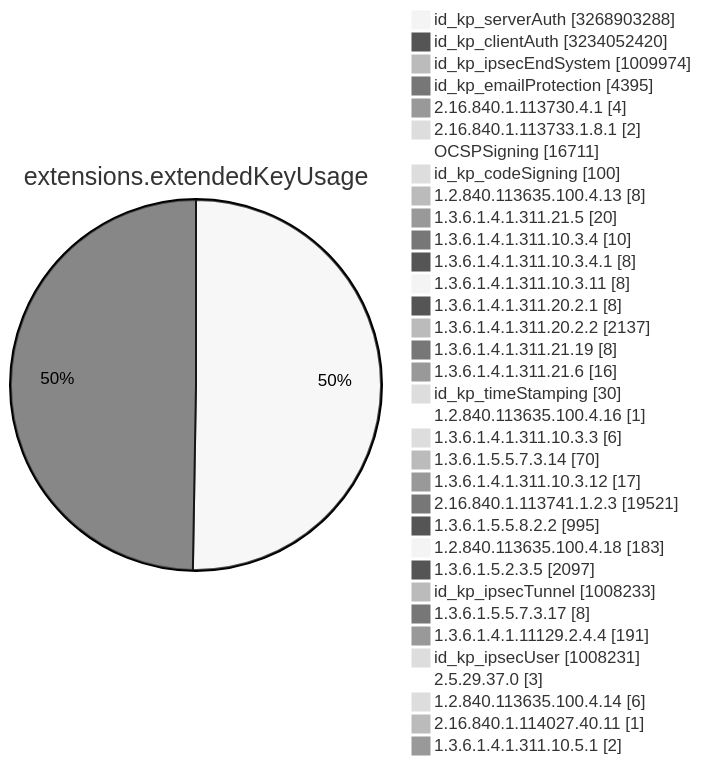
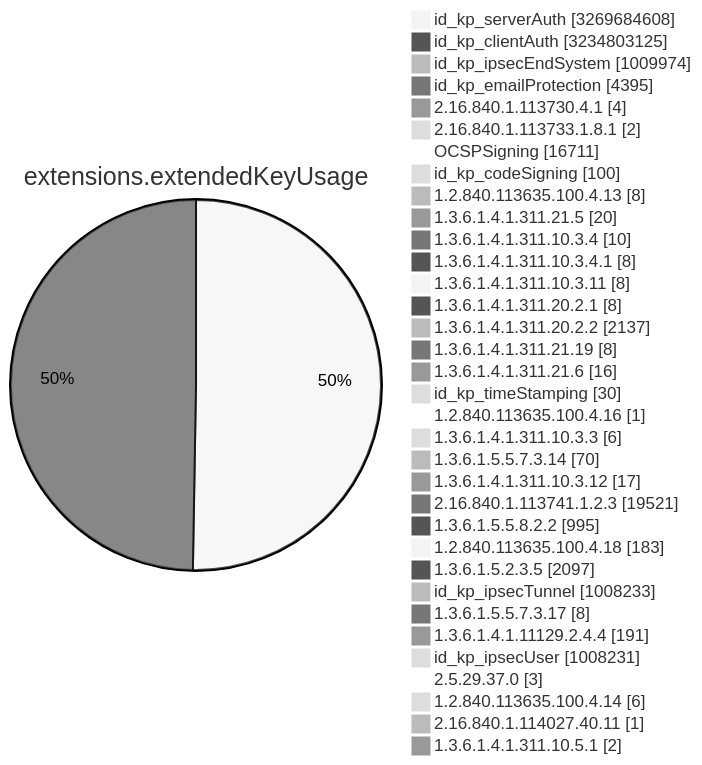
Diagram 11 of 15 in TOTAL/README.md (christiankrug/ctmonitor_visualization), drawn with Mermaid (neutral theme) before and after one commit. The commit also changed other lines of this file, not shown here.

````diff
--- a/TOTAL/README.md
+++ b/TOTAL/README.md
@@ -4119,38 +4119,38 @@
 ```mermaid
 pie showData
 title extensions.extendedKeyUsage
-"id_kp_serverAuth" :3268903288
-"id_kp_clientAuth" :3234052420
+"id_kp_serverAuth" :3269684608
+"id_kp_clientAuth" :3234803125
 "id_kp_ipsecEndSystem" :1009974
 "id_kp_emailProtection" :4395
 "2.16.840.1.113730.4.1" :4
 "2.16.840.1.113733.1.8.1" :2
 "OCSPSigning" :16711
 "id_kp_codeSigning" :100
 "1.2.840.113635.100.4.13" :8
 "1.3.6.1.4.1.311.21.5" :20
 "1.3.6.1.4.1.311.10.3.4" :10
 "1.3.6.1.4.1.311.10.3.4.1" :8
 "1.3.6.1.4.1.311.10.3.11" :8
 "1.3.6.1.4.1.311.20.2.1" :8
 "1.3.6.1.4.1.311.20.2.2" :2137
 "1.3.6.1.4.1.311.21.19" :8
 "1.3.6.1.4.1.311.21.6" :16
 "id_kp_timeStamping" :30
 "1.2.840.113635.100.4.16" :1
 "1.3.6.1.4.1.311.10.3.3" :6
 "1.3.6.1.5.5.7.3.14" :70
 "1.3.6.1.4.1.311.10.3.12" :17
 "2.16.840.1.113741.1.2.3" :19521
 "1.3.6.1.5.5.8.2.2" :995
 "1.2.840.113635.100.4.18" :183
 "1.3.6.1.5.2.3.5" :2097
 "id_kp_ipsecTunnel" :1008233
 "1.3.6.1.5.5.7.3.17" :8
 "1.3.6.1.4.1.11129.2.4.4" :191
 "id_kp_ipsecUser" :1008231
 "2.5.29.37.0" :3
 "1.2.840.113635.100.4.14" :6
 "2.16.840.1.114027.40.11" :1
 "1.3.6.1.4.1.311.10.5.1" :2
 ```
````
